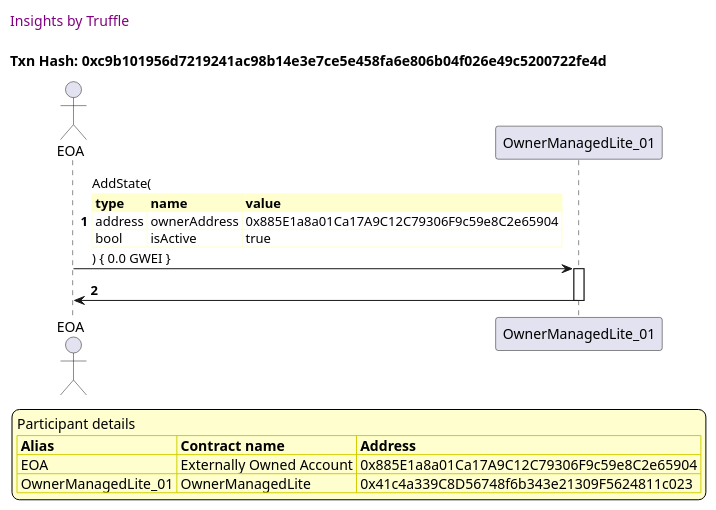
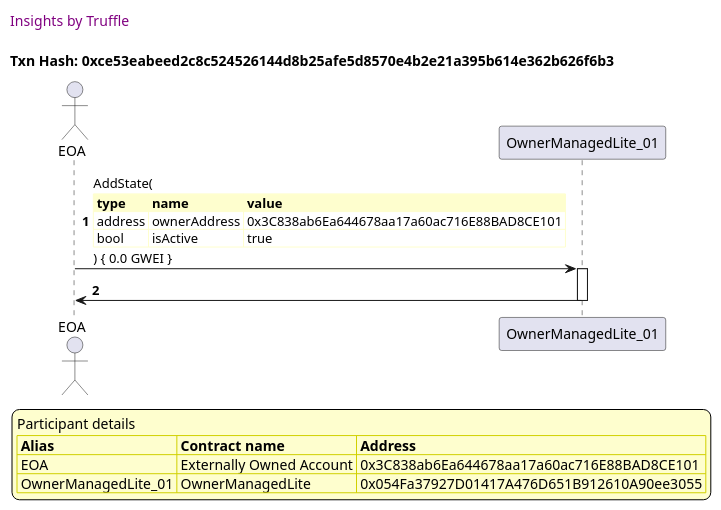
Before and after one commit to thedarkjester/ConsensysAssignment: the fifth of 49 diagrams in truffle-seq/OwnerManagedLite_test_remove_owner.md, drawn with PlantUML. The commit also changed other lines of this file and 13 other files, not shown here.

````diff
--- a/truffle-seq/OwnerManagedLite_test_remove_owner.md
+++ b/truffle-seq/OwnerManagedLite_test_remove_owner.md
@@ -200,41 +200,41 @@
 ```plantuml
 
 
 @startuml
 
 autonumber
 skinparam legendBackgroundColor #FEFECE
 
 <style>
       header {
         HorizontalAlignment left
         FontColor purple
         FontSize 14
         Padding 10
       }
     </style>
 
 header Insights by Truffle
 
-title Txn Hash: 0xc9b101956d7219241ac98b14e3e7ce5e458fa6e806b04f026e49c5200722fe4d
+title Txn Hash: 0xce53eabeed2c8c524526144d8b25afe5d8570e4b2e21a395b614e362b626f6b3
 
 
 actor EOA as "EOA"
 participant OwnerManagedLite_01 as "OwnerManagedLite_01"
 
 "EOA" -> "OwnerManagedLite_01" ++: AddState(\n\
 <#FEFECE,#FEFECE>|= type |= name |= value |\n\
-| address | ownerAddress | 0x885E1a8a01Ca17A9C12C79306F9c59e8C2e65904 |\n\
+| address | ownerAddress | 0x3C838ab6Ea644678aa17a60ac716E88BAD8CE101 |\n\
 | bool | isActive | true |\n\
 ) { 0.0 GWEI }
 "OwnerManagedLite_01" -> "EOA" --: 
 
 legend
 Participant details
 <#FEFECE,#D0D000>|= Alias |= Contract name |= Address |
-<#FEFECE>| EOA | Externally Owned Account | 0x885E1a8a01Ca17A9C12C79306F9c59e8C2e65904 |
-<#FEFECE>| OwnerManagedLite_01 | OwnerManagedLite | 0x41c4a339C8D56748f6b343e21309F5624811c023 |
+<#FEFECE>| EOA | Externally Owned Account | 0x3C838ab6Ea644678aa17a60ac716E88BAD8CE101 |
+<#FEFECE>| OwnerManagedLite_01 | OwnerManagedLite | 0x054Fa37927D01417A476D651B912610A90ee3055 |
 endlegend
 
 @enduml
 ```
````
